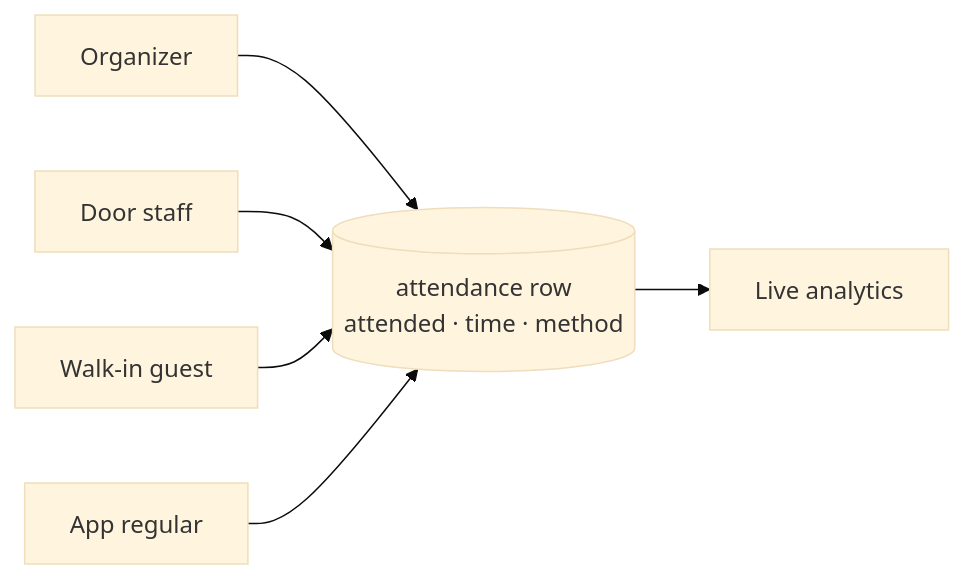
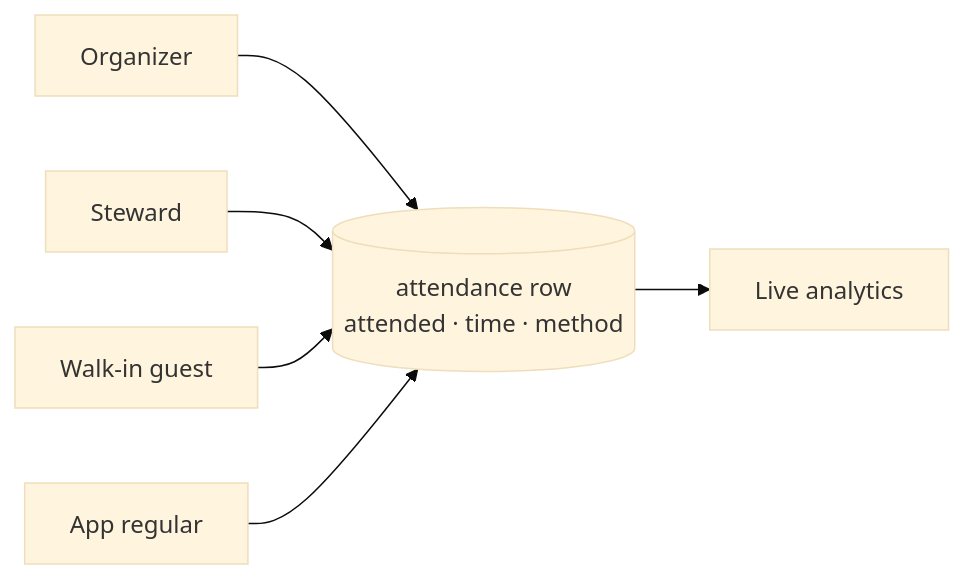
One commit to codewreaker/credopass changed the first of 4 diagrams in README.md. Above: the diagram before and after it, drawn with Mermaid (base theme). The commit also changed other lines of this file and 11 other files, not shown here.

````diff
--- a/README.md
+++ b/README.md
@@ -33,8 +33,8 @@
 ```mermaid
 flowchart LR
     O["Organizer"] --> A[("attendance row<br/>attended · time · method")]
-    D["Door staff"] --> A
+    D["Steward"] --> A
     G["Walk-in guest"] --> A
     M["App regular"] --> A
     A --> AN["Live analytics"]
 ```
````
